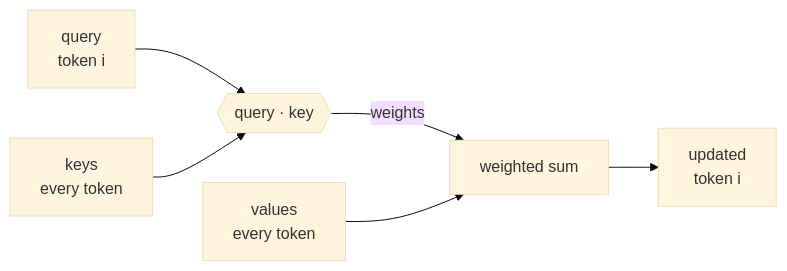
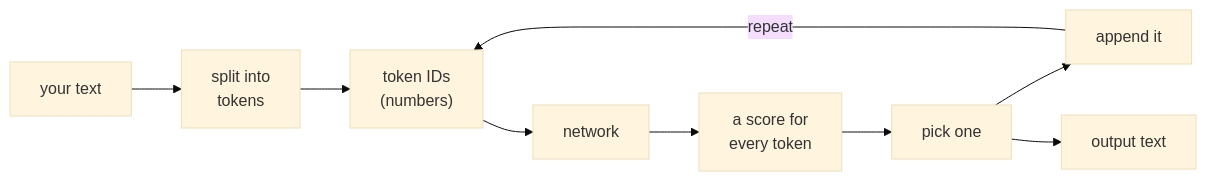
One commit to VKotzamanis/AI_Training_yasgawd changed the first of 4 diagrams in slides/01-substrate.md. Above: the diagram before and after it, drawn with Mermaid (base theme). The commit also changed other lines of this file and 9 other files, not shown here.

````diff
--- a/slides/01-substrate.md
+++ b/slides/01-substrate.md
@@ -346,8 +30,11 @@
-```mermaid {scale: 0.78}
+```mermaid {scale: 0.90}
 flowchart LR
-  Q["query<br/>token i"] --> M{{"query · key"}}
-  K["keys<br/>every token"] --> M
-  M -->|"weights"| W["weighted sum"]
-  V["values<br/>every token"] --> W
-  W --> O["updated<br/>token i"]
+  A["your text"] --> B["split into<br/>tokens"]
+  B --> C["token IDs<br/>(numbers)"]
+  C --> D["network"]
+  D --> E["a score for<br/>every token"]
+  E --> F["pick one"]
+  F --> G["append it"]
+  G -->|"repeat"| C
+  F --> H["output text"]
 ```
````
